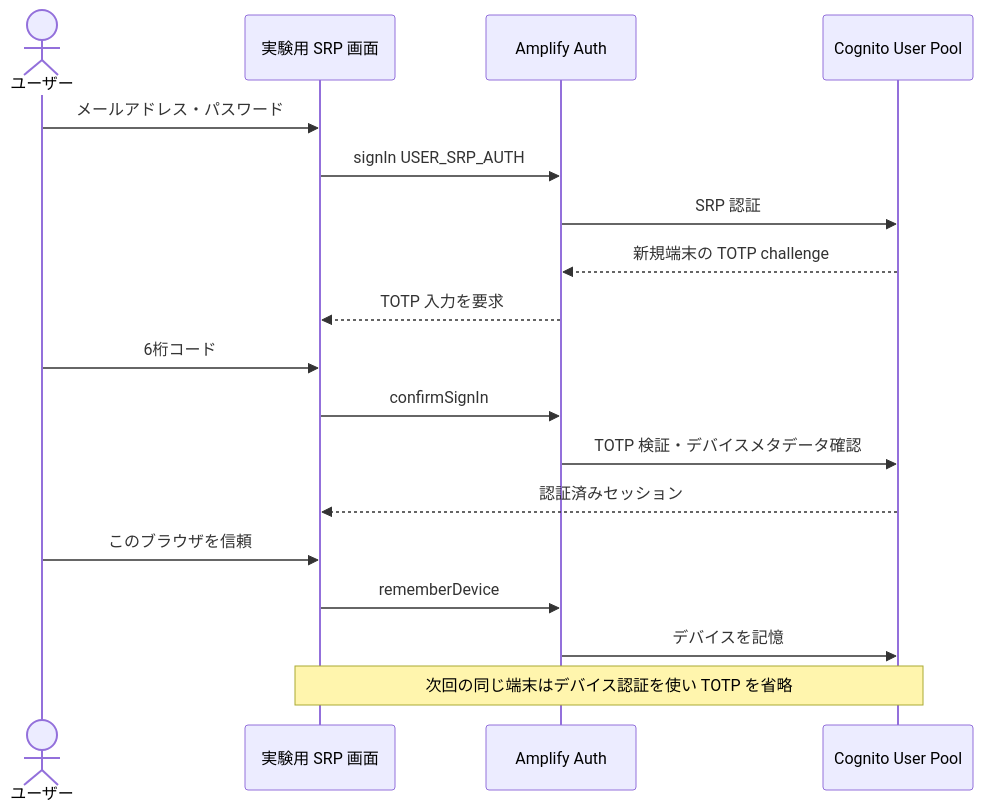
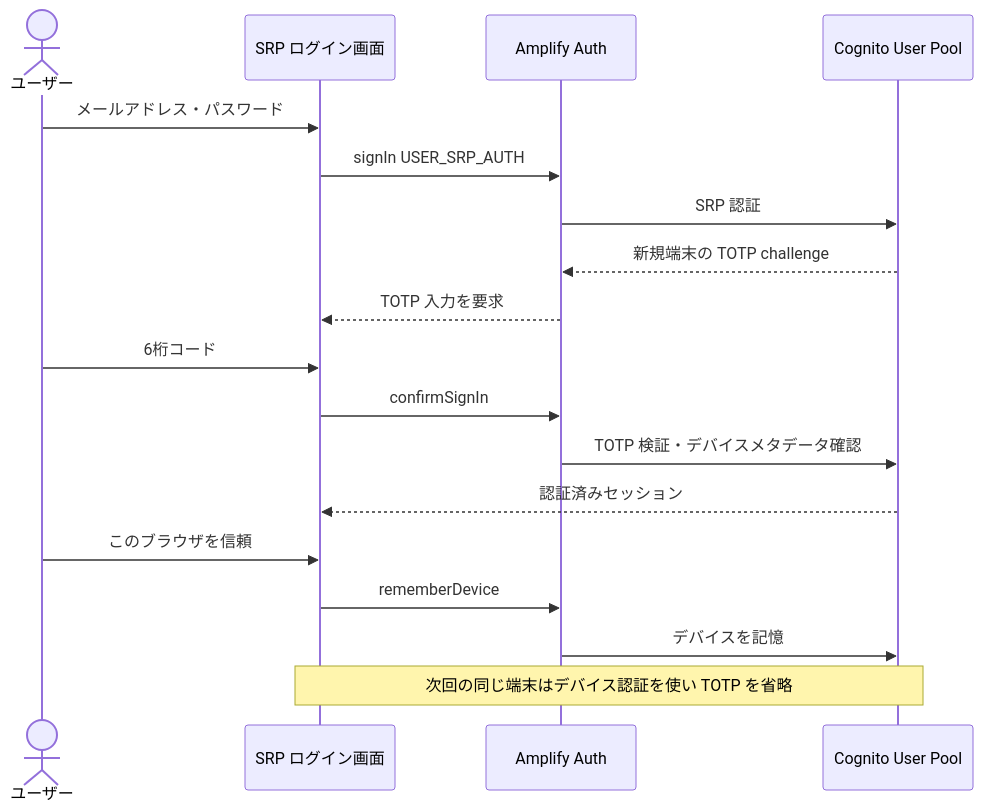
One commit to tayutaedomo/react-cognito-sandbox changed the diagram in docs/poc/008-trusted-device.md. Above: the diagram before and after it, drawn with Mermaid. The commit also changed other lines of this file and 26 other files, not shown here.

````diff
--- a/docs/poc/008-trusted-device.md
+++ b/docs/poc/008-trusted-device.md
@@ -32,20 +32,20 @@
 ```mermaid
 sequenceDiagram
     actor User as ユーザー
-    participant UI as 実験用 SRP 画面
+    participant UI as SRP ログイン画面
     participant Amplify as Amplify Auth
     participant Cognito as Cognito User Pool
     User->>UI: メールアドレス・パスワード
     UI->>Amplify: signIn USER_SRP_AUTH
     Amplify->>Cognito: SRP 認証
     Cognito-->>Amplify: 新規端末の TOTP challenge
     Amplify-->>UI: TOTP 入力を要求
     User->>UI: 6桁コード
     UI->>Amplify: confirmSignIn
     Amplify->>Cognito: TOTP 検証・デバイスメタデータ確認
     Cognito-->>UI: 認証済みセッション
     User->>UI: このブラウザを信頼
     UI->>Amplify: rememberDevice
     Amplify->>Cognito: デバイスを記憶
     Note over UI,Cognito: 次回の同じ端末はデバイス認証を使い TOTP を省略
 ```
````
